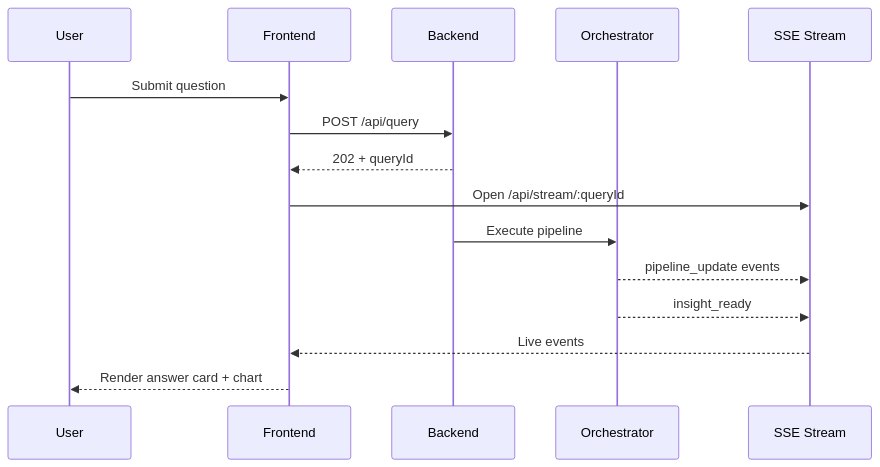
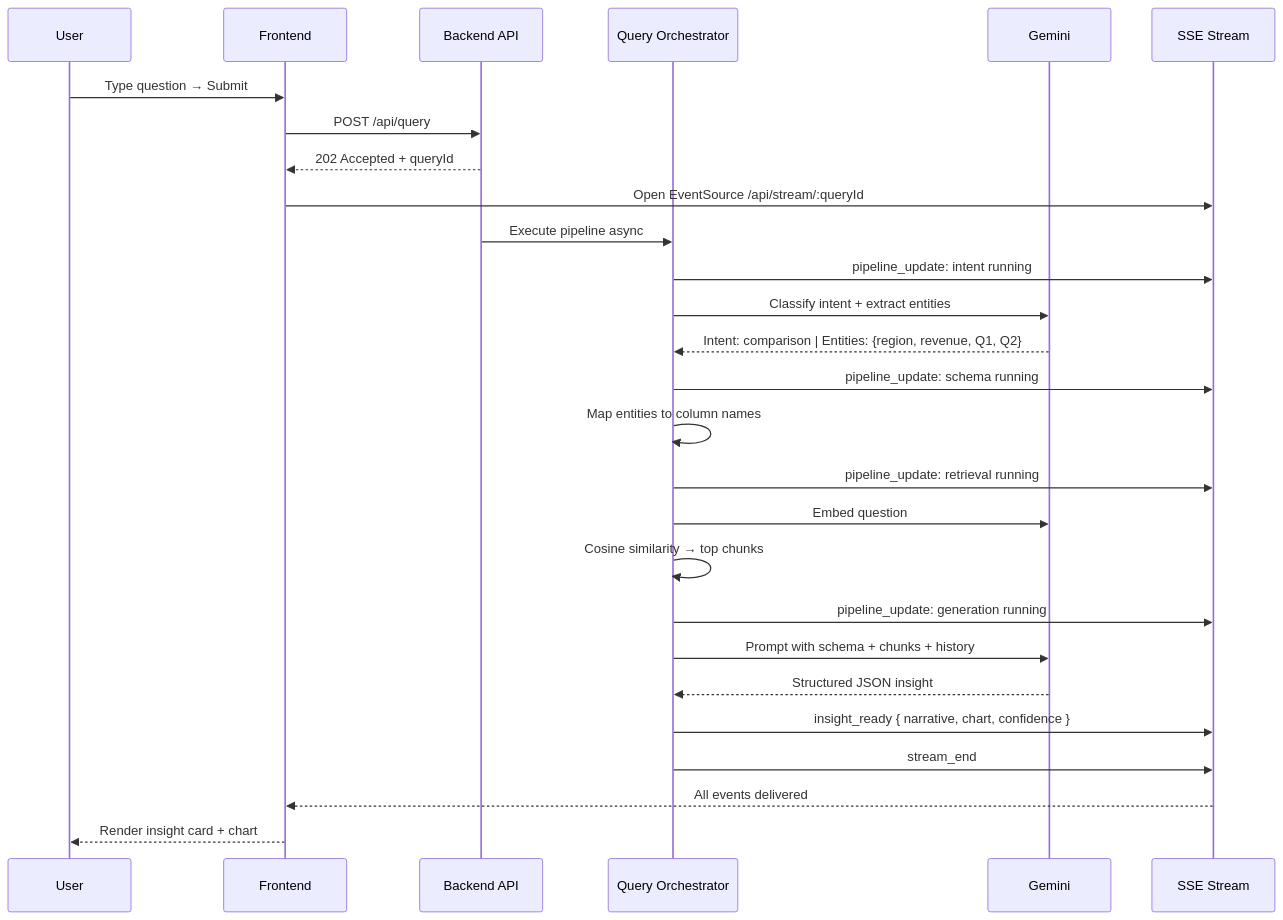
Before and after one commit to Shashikumar-ezhilarasu/TalktoyourData: the second of 2 diagrams in README.md, drawn with Mermaid. The commit also changed other lines of this file, not shown here.

````diff
--- a/README.md
+++ b/README.md
@@ -285,18 +1040,35 @@
 ```mermaid
 sequenceDiagram
   participant U as User
   participant F as Frontend
-  participant B as Backend
-  participant O as Orchestrator
+  participant B as Backend API
+  participant O as Query Orchestrator
+  participant G as Gemini
   participant S as SSE Stream
 
-  U->>F: Submit question
+  U->>F: Type question → Submit
   F->>B: POST /api/query
-  B-->>F: 202 + queryId
-  F->>S: Open /api/stream/:queryId
-  B->>O: Execute pipeline
-  O-->>S: pipeline_update events
-  O-->>S: insight_ready
-  S-->>F: Live events
-  F-->>U: Render answer card + chart
+  B-->>F: 202 Accepted + queryId
+  F->>S: Open EventSource /api/stream/:queryId
+  B->>O: Execute pipeline async
+
+  O->>S: pipeline_update: intent running
+  O->>G: Classify intent + extract entities
+  G-->>O: Intent: comparison | Entities: {region, revenue, Q1, Q2}
+
+  O->>S: pipeline_update: schema running
+  O->>O: Map entities to column names
+
+  O->>S: pipeline_update: retrieval running
+  O->>G: Embed question
+  O->>O: Cosine similarity → top chunks
+
+  O->>S: pipeline_update: generation running
+  O->>G: Prompt with schema + chunks + history
+  G-->>O: Structured JSON insight
+
+  O->>S: insight_ready { narrative, chart, confidence }
+  O->>S: stream_end
+  S-->>F: All events delivered
+  F-->>U: Render insight card + chart
 ```
````
